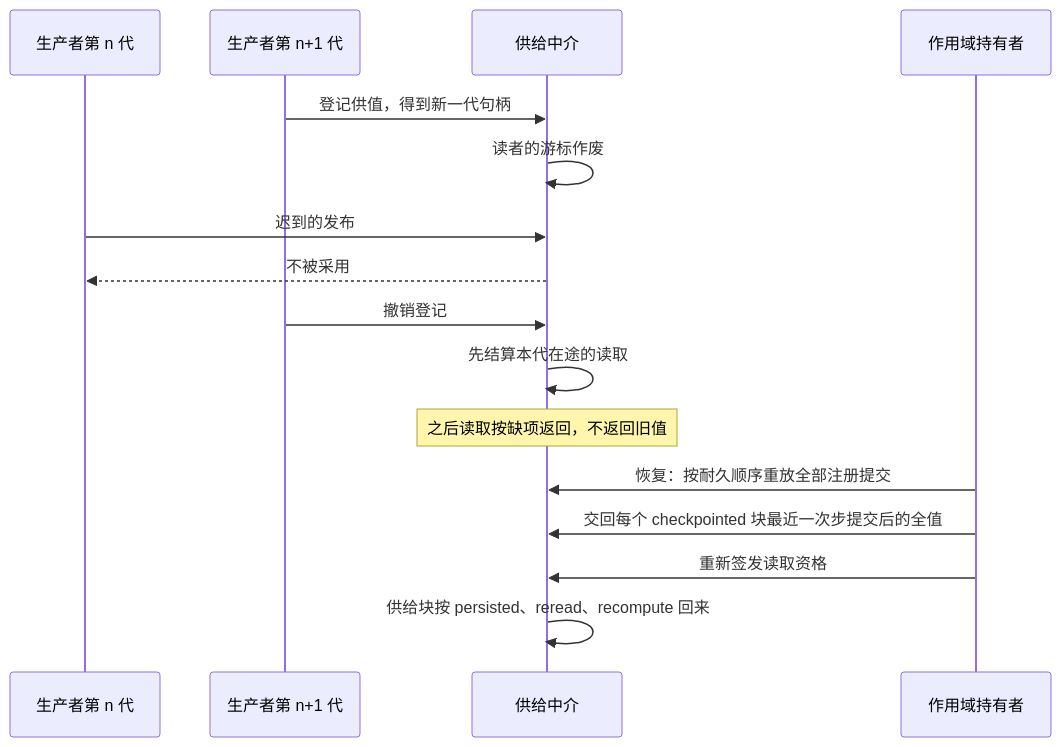
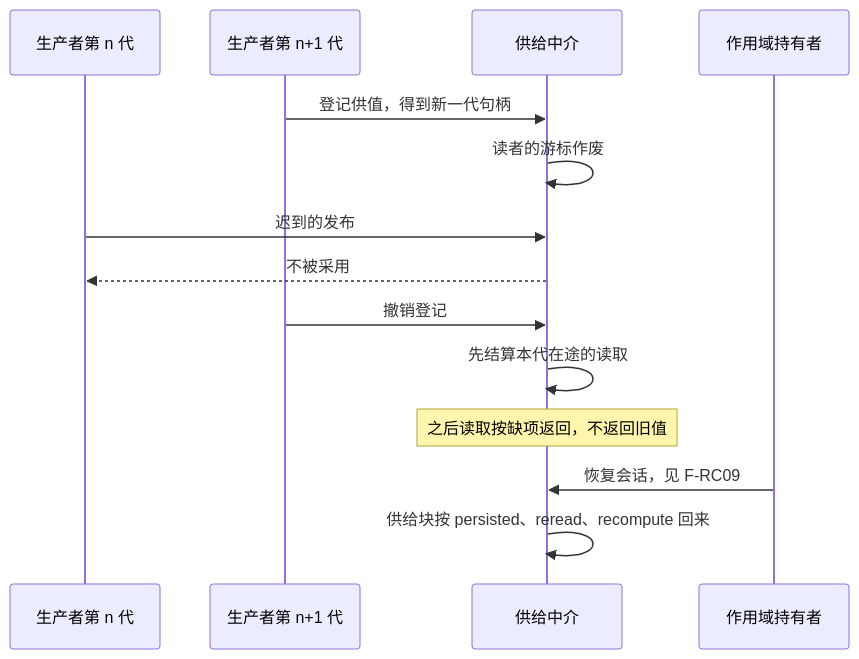
One commit to nemori-ai/omne-harness-lite changed the eighth of 9 diagrams in packages/context/runtime-context-contract/docs/flows.md. Above: the diagram before and after it, drawn with Mermaid. The commit also changed other lines of this file and 136 other files, not shown here.

````diff
--- a/packages/context/runtime-context-contract/docs/flows.md
+++ b/packages/context/runtime-context-contract/docs/flows.md
@@ -254,18 +254,16 @@
 ```mermaid
 sequenceDiagram
   participant P1 as 生产者第 n 代
   participant P2 as 生产者第 n+1 代
   participant M as 供给中介
   participant H as 作用域持有者
   P2->>M: 登记供值，得到新一代句柄
   M->>M: 读者的游标作废
   P1->>M: 迟到的发布
   M-->>P1: 不被采用
   P2->>M: 撤销登记
   M->>M: 先结算本代在途的读取
   Note over M: 之后读取按缺项返回，不返回旧值
-  H->>M: 恢复：按耐久顺序重放全部注册提交
-  H->>M: 交回每个 checkpointed 块最近一次步提交后的全值
-  H->>M: 重新签发读取资格
+  H->>M: 恢复会话，见 F-RC09
   M->>M: 供给块按 persisted、reread、recompute 回来
 ```
````
